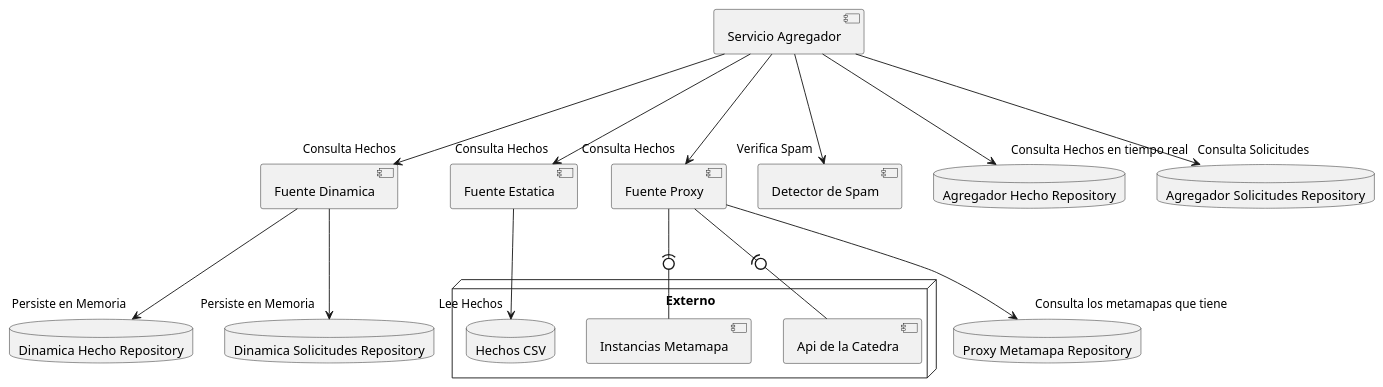
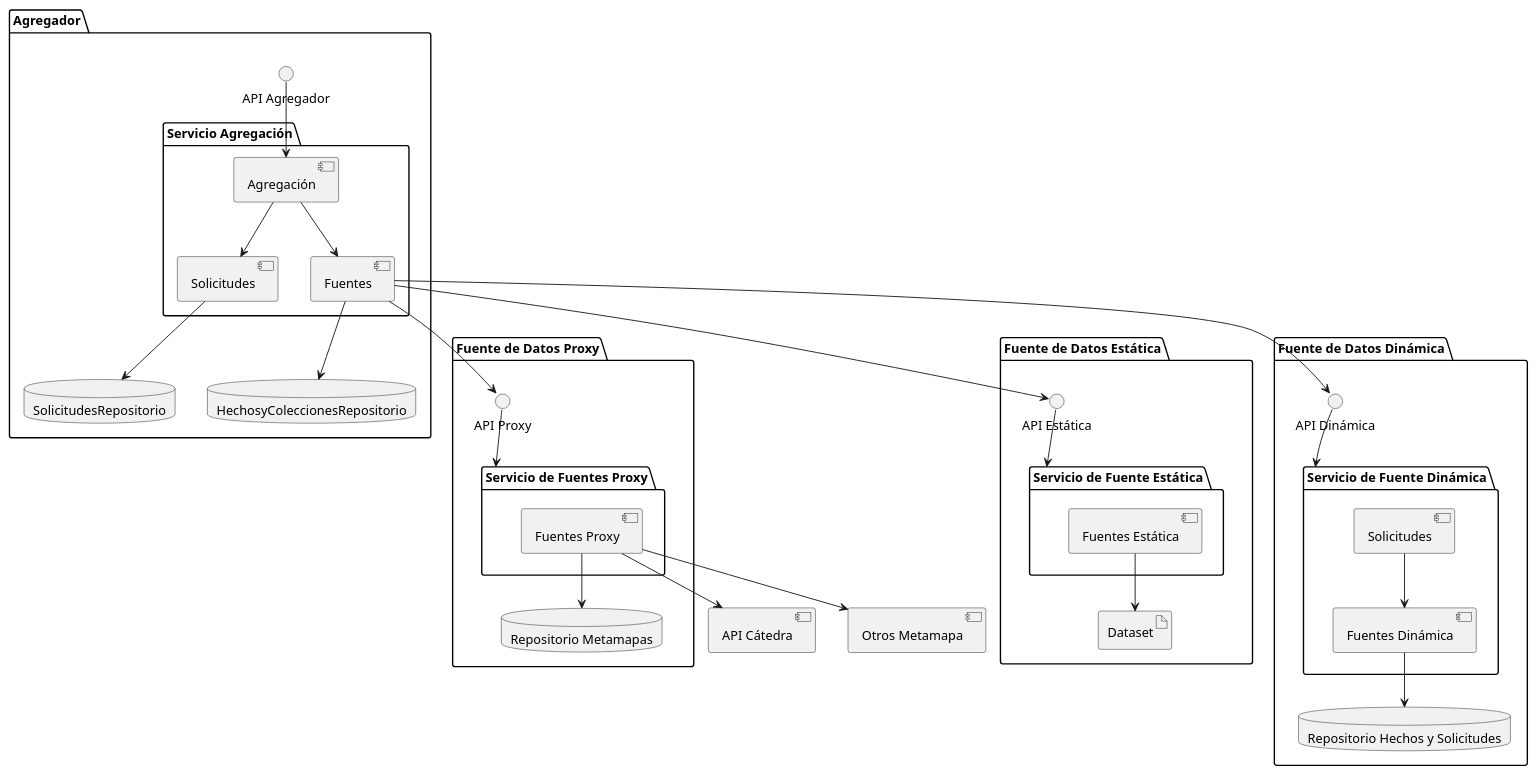
Before and after one commit to OslothLAS/ProyectoDeploy: the diagram in Diagrama de Arquitectura.puml, drawn with PlantUML.

Commit message:
diagrama de componentes updated

```diff
--- a/Diagrama de Arquitectura.puml
+++ b/Diagrama de Arquitectura.puml
@@ -1,34 +1,83 @@
 @startuml
-[Fuente Dinamica]
-[Fuente Estatica]
-[Servicio Agregador]
-[Fuente Proxy]
-[Detector de Spam]
+' =======================
+' Fuente de Datos Proxy
+' =======================
+package "Fuente de Datos Proxy" {
+  () "API Proxy" as apiProxy
+
+  package "Servicio de Fuentes Proxy" {
+    [Fuentes Proxy] as instancias
+  }
+      Database "Repositorio Metamapas" as repo
+
+}
+
+apiProxy --> "Servicio de Fuentes Proxy"
+instancias --> repo
+instancias --> [Otros Metamapa]
+instancias --> [API Cátedra]
+
+' =======================
+' Fuente de Datos Estática
+' =======================
+package "Fuente de Datos Estática" {
+  () "API Estática" as apiEstatica
+
+  package "Servicio de Fuente Estática" {
+    [Fuentes Estática] as fuentesE
+  }
+
+  artifact "Dataset" as dataset
+}
+
+apiEstatica --> "Servicio de Fuente Estática"
+fuentesE --> dataset
+
+' =======================
+' Fuente de Datos Dinámica
+' =======================
+package "Fuente de Datos Dinámica" {
+  () "API Dinámica" as apiDinamica
+
+  package "Servicio de Fuente Dinámica" {
+    [Fuentes Dinámica] as fuentesD
+    [Solicitudes] as solicitudes
+  }
+
+  database "Repositorio Hechos y Solicitudes" as hechos
+}
 
 
 
-database "Agregador Hecho Repository"
-database "Agregador Solicitudes Repository"
-database "Dinamica Hecho Repository"
-database "Dinamica Solicitudes Repository"
-database "Proxy Metamapa Repository"
+apiDinamica --> "Servicio de Fuente Dinámica"
+fuentesD --> hechos
+solicitudes --> fuentesD
 
-node "Externo" {
-  [Instancias Metamapa]
-  [Api de la Catedra]
-database "Hechos CSV"
+
+' =======================
+' Agregador
+' =======================
+package "Agregador" {
+  () "API Agregador" as apiAgregador
+
+  package "Servicio Agregación" {
+    [Agregación] as agregacion
+    [Fuentes] as fuentes
+    [Solicitudes] as solicitudesModelo
+  }
+  database HechosyColeccionesRepositorio
+  database SolicitudesRepositorio
 }
 
-[Servicio Agregador]--->"Consulta Hechos "[Fuente Dinamica]
-[Servicio Agregador]--->"Consulta Hechos "[Fuente Estatica]
-[Servicio Agregador]--->"Consulta Hechos "[Fuente Proxy]
-[Servicio Agregador] --->"Verifica Spam"[Detector de Spam]
-[Servicio Agregador] --->"Consulta Solicitudes"[Agregador Solicitudes Repository]
-[Servicio Agregador] --->"Consulta Hechos en tiempo real"[Agregador Hecho Repository]
-[Fuente Proxy] --->"Consulta los metamapas que tiene"[Proxy Metamapa Repository]
-[Fuente Dinamica]--->"Persiste en Memoria"[Dinamica Hecho Repository]
-[Fuente Dinamica] --->"Persiste en Memoria"[Dinamica Solicitudes Repository]
-[Fuente Estatica] ---> "Lee Hechos"[Hechos CSV]
-[Fuente Proxy] --(0- [Api de la Catedra]
-[Fuente Proxy] --(0- [Instancias Metamapa]
+apiAgregador --> agregacion
+agregacion --> fuentes
+agregacion --> solicitudesModelo
+solicitudesModelo --> SolicitudesRepositorio
+
+' Fuentes conectada a las 3 APIs
+fuentes --> apiProxy
+fuentes --> apiEstatica
+fuentes --> apiDinamica
+fuentes --> HechosyColeccionesRepositorio
+
 @enduml
```
